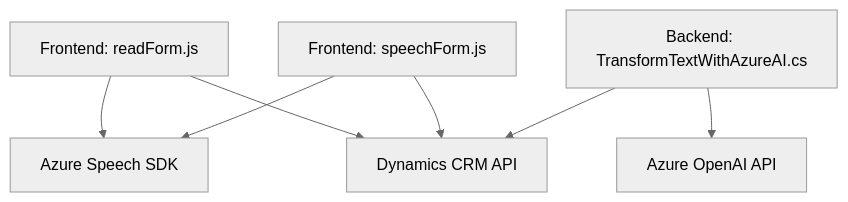
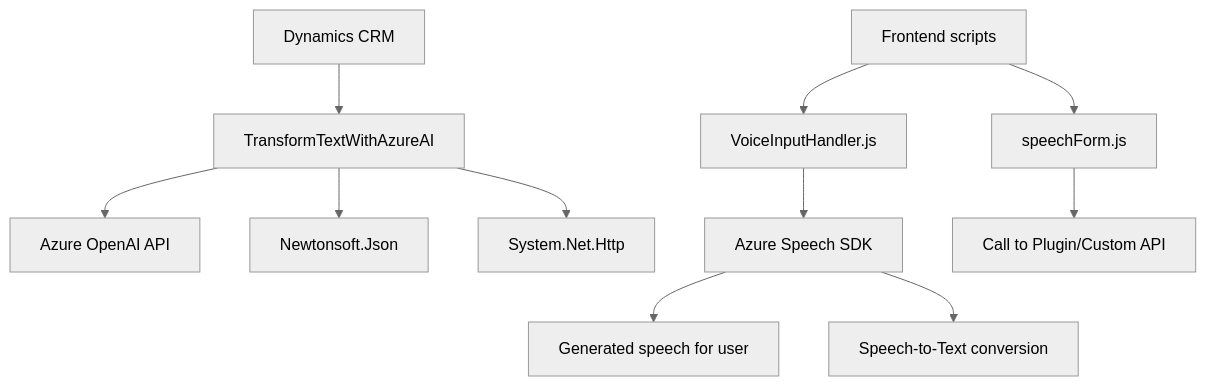
One commit to blopezdm/NETCORE_BILBAO2025 changed the diagram in README.md. Above: the diagram before and after it, drawn with Mermaid (neutral theme). The commit also changed other lines of this file, not shown here.

````diff
--- a/README.md
+++ b/README.md
@@ -44,16 +59,15 @@
 ```mermaid
 graph TD
-  A["Frontend: readForm.js"]
-  B["Frontend: speechForm.js"]
-  C["Backend: TransformTextWithAzureAI.cs"]
-  D["Azure Speech SDK"]
-  E["Dynamics CRM API"]
-  F["Azure OpenAI API"]
-
-  A --> D
-  B --> D
-  A --> E
-  B --> E
-  C --> F
-  C --> E
+    Dynamics["Dynamics CRM"] --> Plugin["TransformTextWithAzureAI"]
+    Plugin --> AzureOpenAI["Azure OpenAI API"]
+    Plugin --> JSONHandling["Newtonsoft.Json"]
+    Plugin --> HTTPCalls["System.Net.Http"]
+    
+    Frontend["Frontend scripts"] --> VoiceHandlerJS["VoiceInputHandler.js"]
+    Frontend --> SpeechFormJS["speechForm.js"]
+    VoiceHandlerJS --> SpeechSDK["Azure Speech SDK"]
+    SpeechSDK --> OutputSpeech["Generated speech for user"]
+    SpeechFormJS --> APIInteraction["Call to Plugin/Custom API"]
+    
+    SpeechSDK --> SpeechRecognition["Speech-to-Text conversion"]
 ```
````
